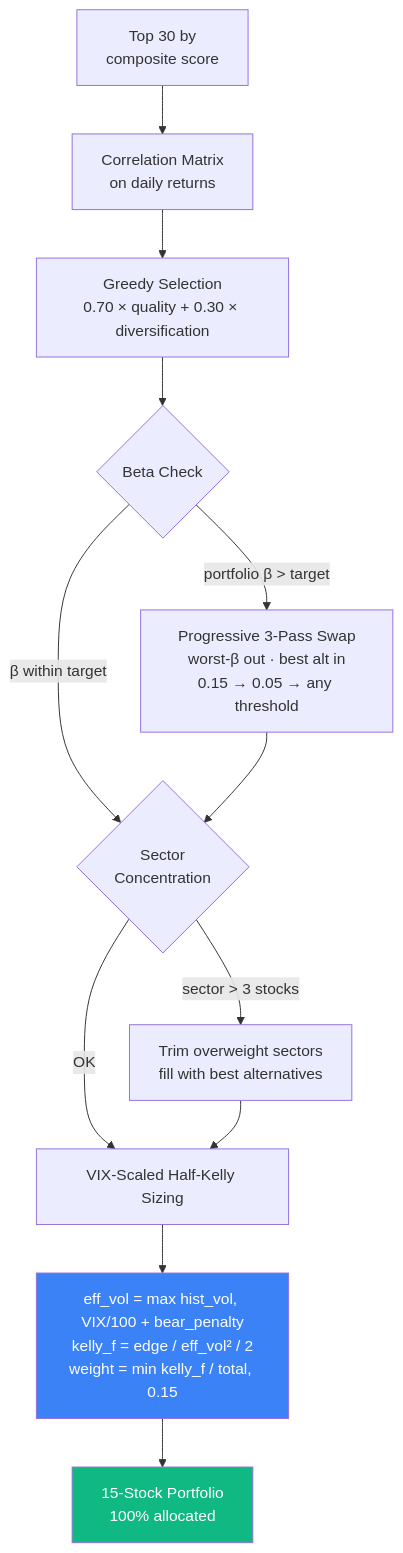
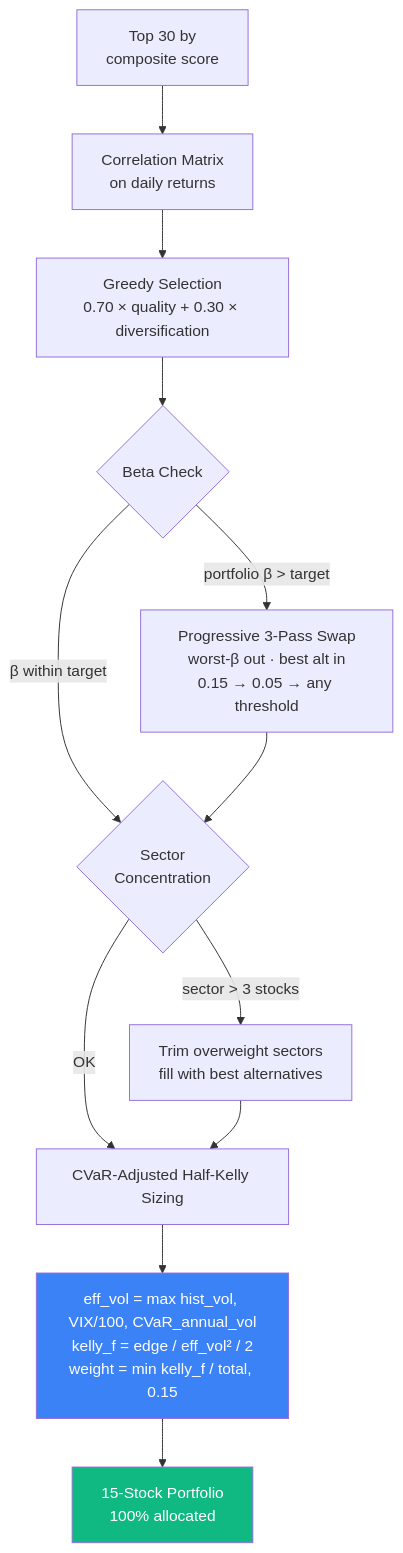
One commit to Justme-Cliff/Investing-ML changed the second of 4 diagrams in README.md. Above: the diagram before and after it, drawn with Mermaid. The commit also changed other lines of this file and 12 other files, not shown here.

````diff
--- a/README.md
+++ b/README.md
@@ -346,17 +469,17 @@
 ```mermaid
 flowchart TD
     A[Top 30 by\ncomposite score] --> B[Correlation Matrix\non daily returns]
     B --> C[Greedy Selection\n0.70 × quality + 0.30 × diversification]
     C --> D{Beta Check}
     D -->|portfolio β > target| E[Progressive 3-Pass Swap\nworst-β out · best alt in\n0.15 → 0.05 → any threshold]
     D -->|β within target| F
     E --> F{Sector\nConcentration}
     F -->|sector > 3 stocks| G[Trim overweight sectors\nfill with best alternatives]
     F -->|OK| H
-    G --> H[VIX-Scaled Half-Kelly Sizing]
-    H --> I[eff_vol = max hist_vol, VIX/100 + bear_penalty\nkelly_f = edge / eff_vol² / 2\nweight = min kelly_f / total, 0.15]
+    G --> H[CVaR-Adjusted Half-Kelly Sizing]
+    H --> I[eff_vol = max hist_vol, VIX/100, CVaR_annual_vol\nkelly_f = edge / eff_vol² / 2\nweight = min kelly_f / total, 0.15]
     I --> J[15-Stock Portfolio\n100% allocated]
 
     style J fill:#10B981,color:#fff
     style I fill:#3B82F6,color:#fff
 ```
````
